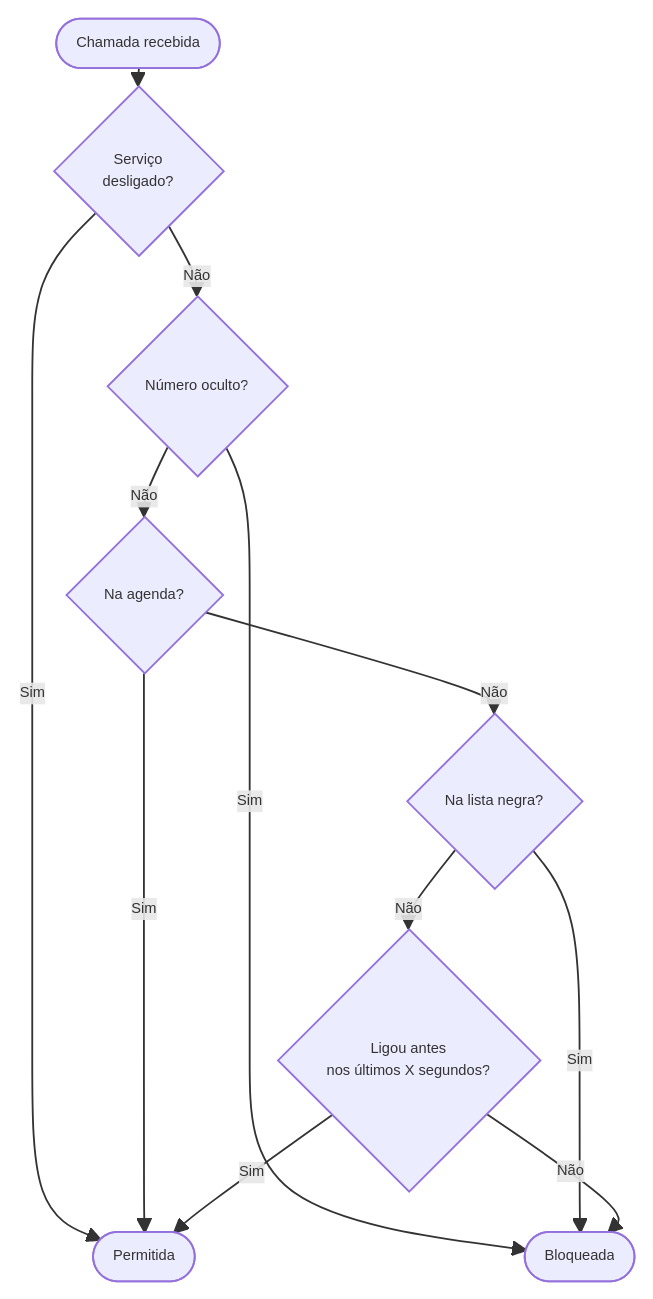
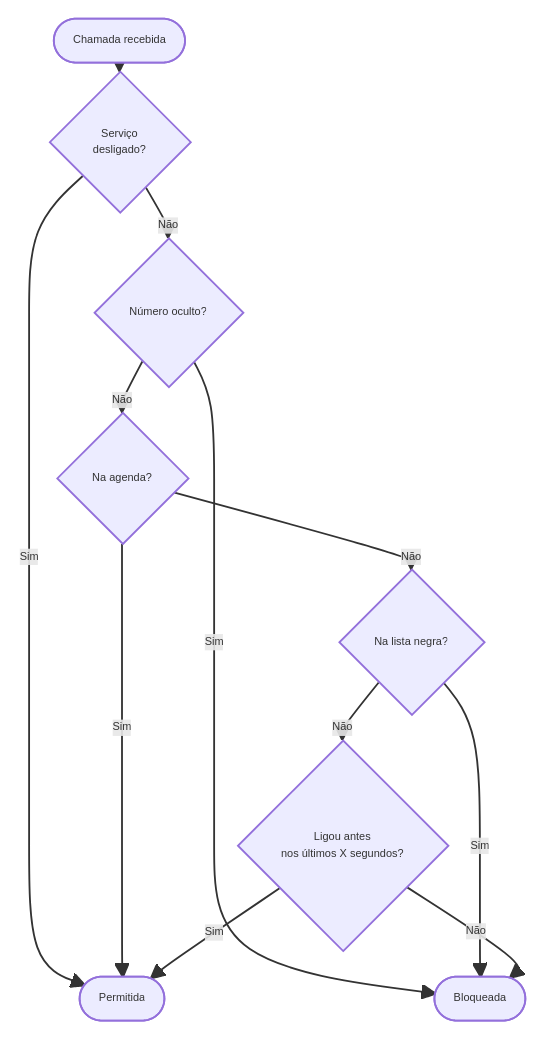
Before and after one commit to acdcmaia/call-guard: the diagram in README.md, drawn with Mermaid.

Commit message:
docs: reduce flowchart to minimum spacing and font

````diff
--- a/README.md
+++ b/README.md
@@ -7,15 +7,15 @@
 ```mermaid
-%%{init: {'flowchart': {'nodeSpacing': 10, 'rankSpacing': 10}, 'themeVariables': {'fontSize': '8px'}}}%%
+%%{init: {'flowchart': {'nodeSpacing': 5, 'rankSpacing': 5}, 'themeVariables': {'fontSize': '6px'}}}%%
 flowchart TD
     A([Chamada recebida]) --> OFF{Serviço\ndesligado?}
     OFF -- Sim --> E([Permitida])
     OFF -- Não --> P{Número oculto?}
     P -- Sim --> C([Bloqueada])
     P -- Não --> CK{Na agenda?}
     CK -- Sim --> E
     CK -- Não --> B{Na lista negra?}
     B -- Sim --> C
     B -- Não --> D{Ligou antes\nnos últimos X segundos?}
     D -- Não --> C
     D -- Sim --> E
 ```
````
